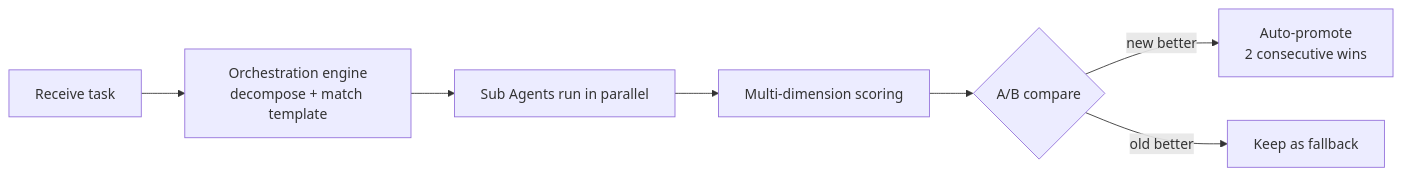
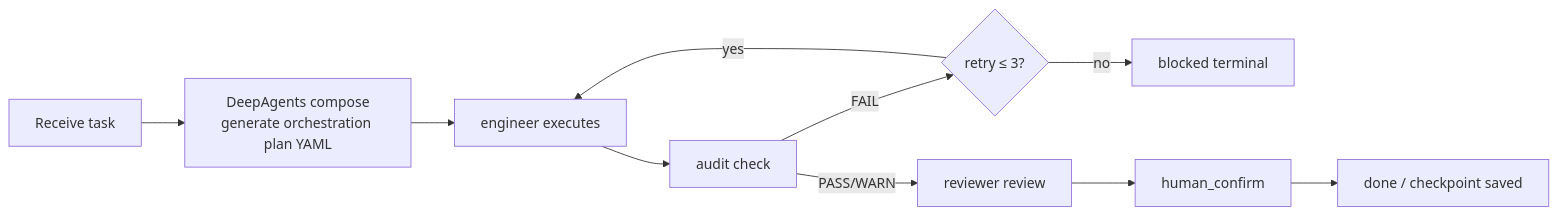
The fourth of 6 diagrams in README.en.md (KongFangXun/sofagent), drawn with Mermaid before and after one commit. The commit also changed other lines of this file and 2 other files, not shown here.

Commit message:
docs: 编排引擎措辞诚实化——LOOP 串行 + 能力边界标注
按代码事实修正编排引擎描述（之前写的「多 Sub Agent 并行执行」是设计愿景，
代码中无 Promise.all/并行分发，LOOP 是严格串行 StateGraph）：

README.md + README.en.md：
- 总览图：多 Agent 并行 → LOOP 自迭代·任务拆解
- 状态表：✅ 稳定 → 🔶 部分，作用描述改为「LOOP 自迭代串行 + 任务拆解」
- 编排引擎详情区：
  · Mermaid 换成实际 LOOP 流程图（compose→engineer→audit→reviewer→confirm）
  · 文案诚实化：写清当前两层能力（compose 拆解 + LOOP 串行自迭代）
  · 新增 🔶 能力边界 blockquote：串行非并行 DAG、A/B 靠日志统计非实时双跑
  · 指向 ROADMAP v1.3.0（完整 DAG 并行调度 + 沙箱执行）

docs/ARCHITECTURE.md：
- 引擎表编排行：DeepAgents + compose CLI → LOOP 串行自迭代 + 任务拆解 🔶

````diff
--- a/README.en.md
+++ b/README.en.md
@@ -179,9 +179,12 @@
 ```mermaid
 graph LR
-    A[Receive task] --> B[Orchestration engine<br/>decompose + match template]
-    B --> C[Sub Agents run in parallel]
-    C --> D[Multi-dimension scoring]
-    D --> E{A/B compare}
-    E -->|new better| F[Auto-promote<br/>2 consecutive wins]
-    E -->|old better| G[Keep as fallback]
+    A[Receive task] --> B[DeepAgents compose<br/>generate orchestration plan YAML]
+    B --> E[engineer executes]
+    E --> F[audit check]
+    F -->|FAIL| G{retry ≤ 3?}
+    G -->|yes| E
+    G -->|no| H[blocked terminal]
+    F -->|PASS/WARN| I[reviewer review]
+    I --> J[human_confirm]
+    J --> K[done / checkpoint saved]
 ```
````
